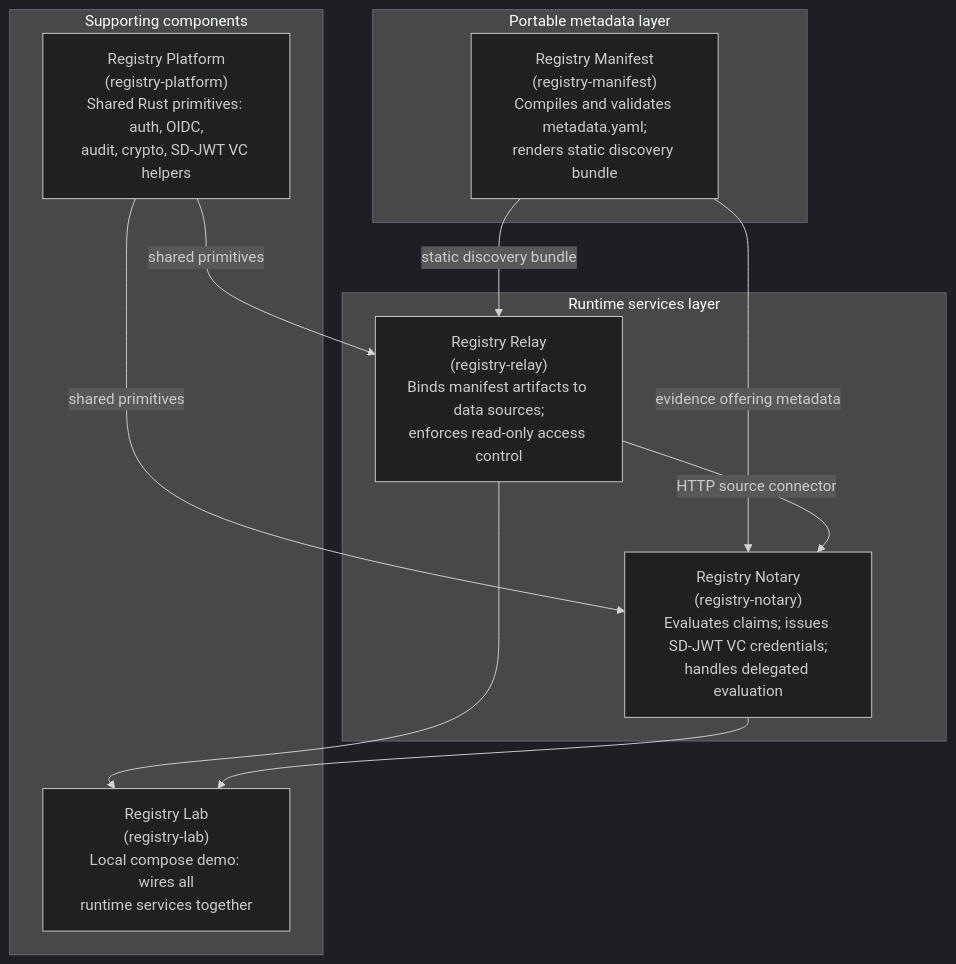
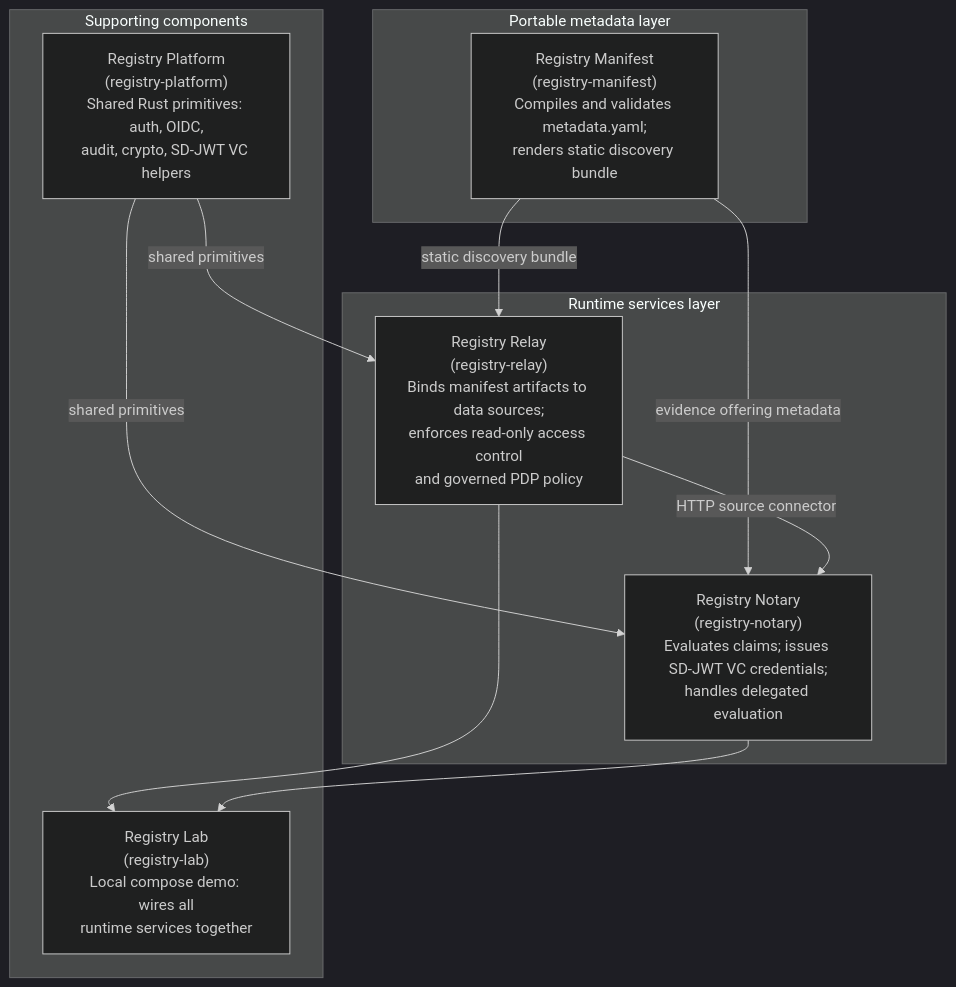
One commit to registrystack/registry-stack changed the diagram in imports/registry-docs/src/content/docs/spec/rs-arc-g.mdx. Above: the diagram before and after it, drawn with Mermaid (dark theme). The commit also changed other lines of this file and 30 other files, not shown here.

````diff
--- a/imports/registry-docs/src/content/docs/spec/rs-arc-g.mdx
+++ b/imports/registry-docs/src/content/docs/spec/rs-arc-g.mdx
@@ -78,23 +82,23 @@
 ```mermaid
 flowchart TD
     subgraph portable["Portable metadata layer"]
         manifest["Registry Manifest<br/>(registry-manifest)<br/>Compiles and validates metadata.yaml;<br/>renders static discovery bundle"]
     end
 
     subgraph runtime["Runtime services layer"]
-        relay["Registry Relay<br/>(registry-relay)<br/>Binds manifest artifacts to data sources;<br/>enforces read-only access control"]
+        relay["Registry Relay<br/>(registry-relay)<br/>Binds manifest artifacts to data sources;<br/>enforces read-only access control<br/>and governed PDP policy"]
         notary["Registry Notary<br/>(registry-notary)<br/>Evaluates claims; issues SD-JWT VC credentials;<br/>handles delegated evaluation"]
     end
 
     subgraph support["Supporting components"]
         platform["Registry Platform<br/>(registry-platform)<br/>Shared Rust primitives: auth, OIDC,<br/>audit, crypto, SD-JWT VC helpers"]
         lab["Registry Lab<br/>(registry-lab)<br/>Local compose demo: wires all<br/>runtime services together"]
     end
 
     manifest -- "static discovery bundle" --> relay
     manifest -- "evidence offering metadata" --> notary
     platform -- "shared primitives" --> relay
     platform -- "shared primitives" --> notary
     relay -- "HTTP source connector" --> notary
     relay & notary --> lab
 ```
````
